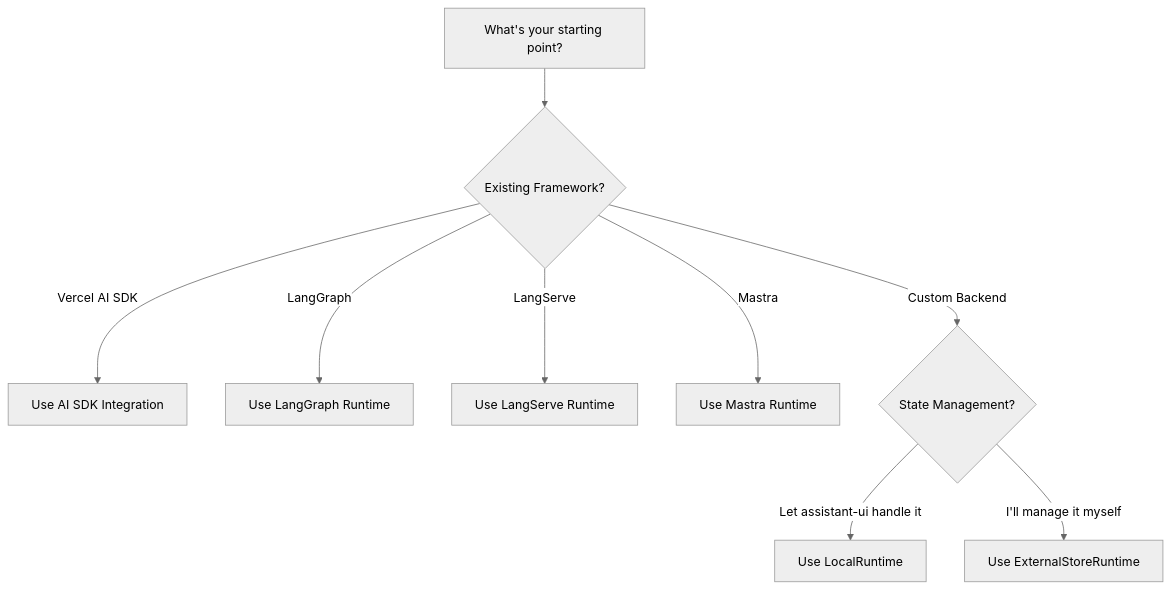
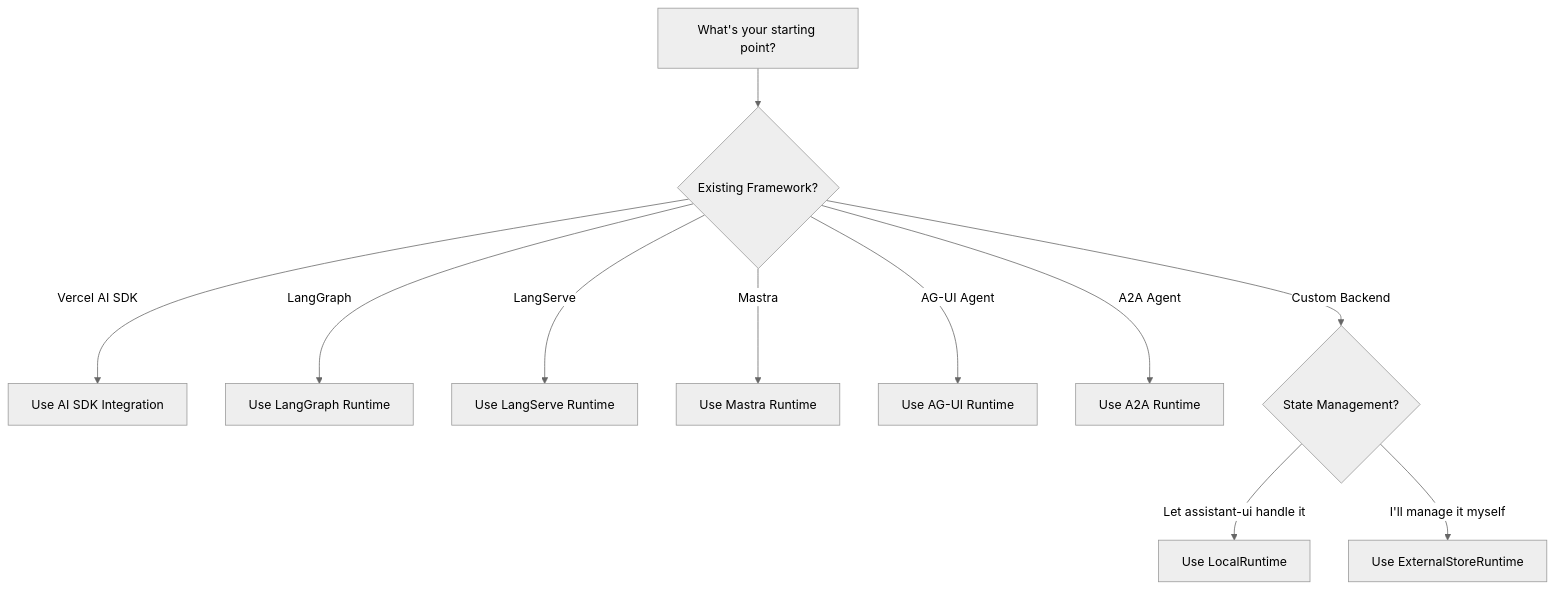
One commit to assistant-ui/assistant-ui changed the diagram in apps/docs/content/docs/runtimes/pick-a-runtime.mdx. Above: the diagram before and after it, drawn with Mermaid (neutral theme). The commit also changed other lines of this file and 68 other files, not shown here.

````diff
--- a/apps/docs/content/docs/runtimes/pick-a-runtime.mdx
+++ b/apps/docs/content/docs/runtimes/pick-a-runtime.mdx
@@ -10,11 +10,13 @@
 ```mermaid
 graph TD
     A[What's your starting point?] --> B{Existing Framework?}
     B -->|Vercel AI SDK| C[Use AI SDK Integration]
     B -->|LangGraph| D[Use LangGraph Runtime]
     B -->|LangServe| E[Use LangServe Runtime]
     B -->|Mastra| F[Use Mastra Runtime]
+    B -->|AG-UI Agent| J[Use AG-UI Runtime]
+    B -->|A2A Agent| K[Use A2A Runtime]
     B -->|Custom Backend| G{State Management?}
     G -->|Let assistant-ui handle it| H[Use LocalRuntime]
     G -->|I'll manage it myself| I[Use ExternalStoreRuntime]
 ```
````
